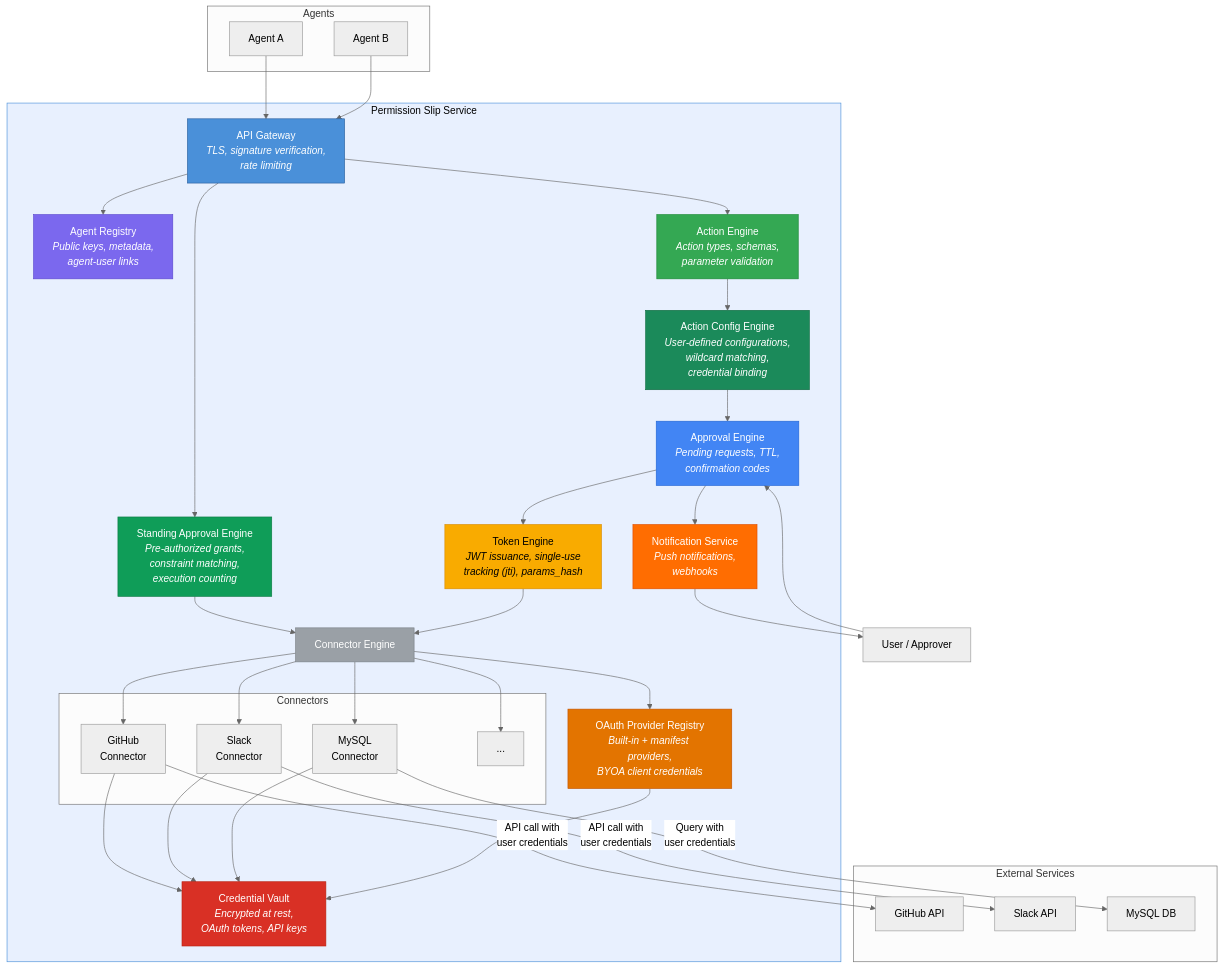
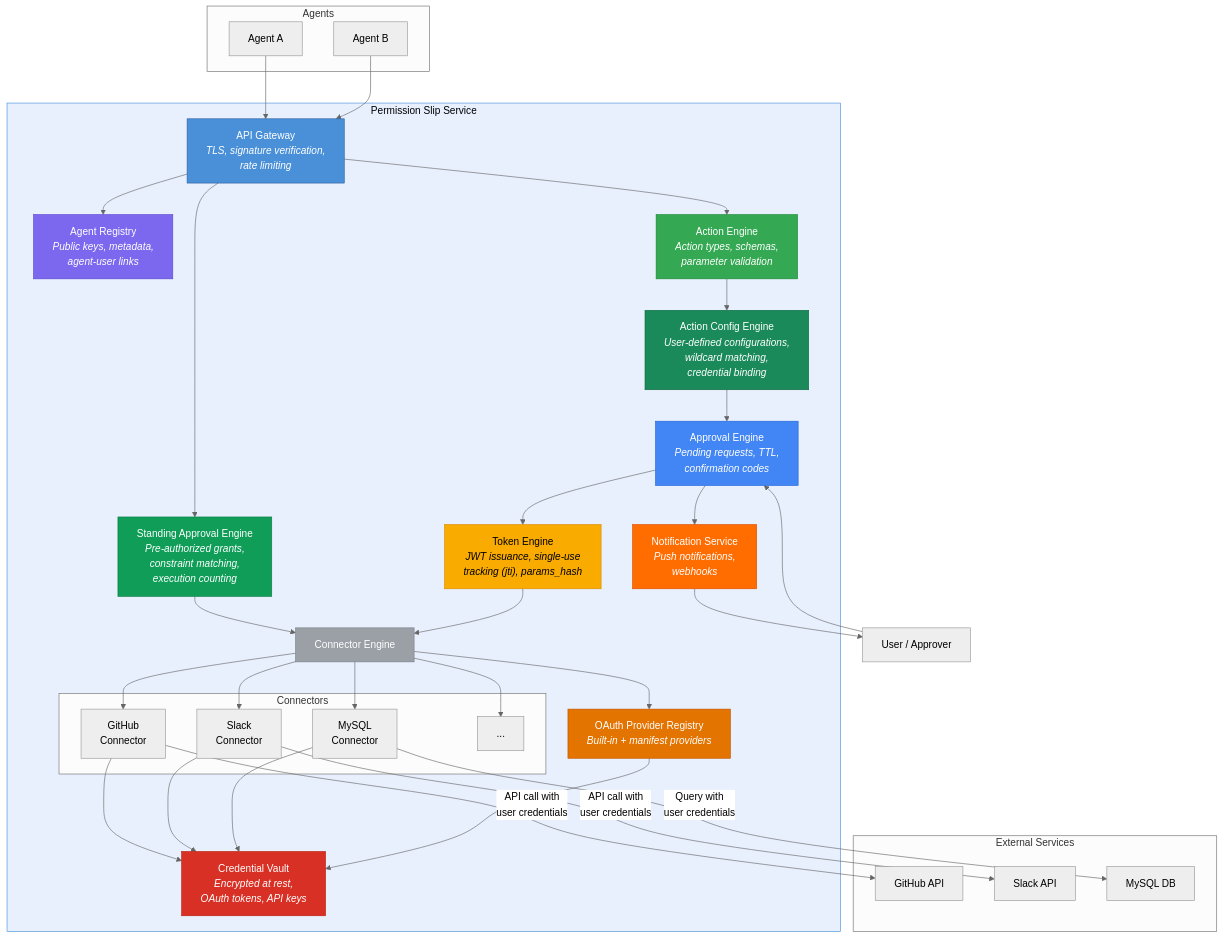
Before and after one commit to supersuit-tech/permission-slip: the second of 6 diagrams in docs/architecture.md, drawn with Mermaid (neutral theme). The commit also changed 37 other files, not shown here.

````diff
--- a/docs/architecture.md
+++ b/docs/architecture.md
@@ -34,71 +34,71 @@
 ```mermaid
 graph TB
     subgraph Agents
         A1["Agent A"]
         A2["Agent B"]
     end
 
     subgraph PS ["Permission Slip Service"]
         GW["API Gateway<br/><i>TLS, signature verification,<br/>rate limiting</i>"]
         AR["Agent Registry<br/><i>Public keys, metadata,<br/>agent-user links</i>"]
         AE["Action Engine<br/><i>Action types, schemas,<br/>parameter validation</i>"]
         AC["Action Config Engine<br/><i>User-defined configurations,<br/>wildcard matching,<br/>credential binding</i>"]
         APR["Approval Engine<br/><i>Pending requests, TTL,<br/>confirmation codes</i>"]
         TE["Token Engine<br/><i>JWT issuance, single-use<br/>tracking (jti), params_hash</i>"]
         SA["Standing Approval Engine<br/><i>Pre-authorized grants,<br/>constraint matching,<br/>execution counting</i>"]
         NS["Notification Service<br/><i>Push notifications,<br/>webhooks</i>"]
         CV["Credential Vault<br/><i>Encrypted at rest,<br/>OAuth tokens, API keys</i>"]
-        OR["OAuth Provider Registry<br/><i>Built-in + manifest providers,<br/>BYOA client credentials</i>"]
+        OR["OAuth Provider Registry<br/><i>Built-in + manifest providers</i>"]
         CE["Connector Engine"]
 
         subgraph Connectors
             GC["GitHub<br/>Connector"]
             SlC["Slack<br/>Connector"]
             MC["MySQL<br/>Connector"]
             OC["..."]
         end
     end
 
     subgraph External ["External Services"]
         GH["GitHub API"]
         SlAPI["Slack API"]
         MySQL["MySQL DB"]
     end
 
     User["User / Approver"]
 
     A1 & A2 --> GW
     GW --> AR
     GW --> AE
     AE --> AC
     AC --> APR
     APR --> NS
     NS --> User
     User --> APR
     APR --> TE
     GW --> SA
     SA --> CE
     TE --> CE
     CE --> GC & SlC & MC & OC
     GC --> CV
     SlC --> CV
     MC --> CV
     OR --> CV
     CE --> OR
     GC -- "API call with<br/>user credentials" --> GH
     SlC -- "API call with<br/>user credentials" --> SlAPI
     MC -- "Query with<br/>user credentials" --> MySQL
 
     style PS fill:#E8F0FE,stroke:#4A90D9,color:#000
     style GW fill:#4A90D9,color:#fff,stroke:#2A5F9E
     style CV fill:#D93025,color:#fff,stroke:#B9200F
     style OR fill:#E37400,color:#fff,stroke:#C35400
     style TE fill:#F9AB00,color:#000,stroke:#D98B00
     style AR fill:#7B68EE,color:#fff,stroke:#5B48CE
     style AE fill:#34A853,color:#fff,stroke:#1A8833
     style AC fill:#1B8A5A,color:#fff,stroke:#0D6B3F
     style APR fill:#4285F4,color:#fff,stroke:#2265D4
     style NS fill:#FF6D01,color:#fff,stroke:#DF4D00
     style SA fill:#0F9D58,color:#fff,stroke:#0B7A43
     style CE fill:#9AA0A6,color:#fff,stroke:#7A8086
 ```
````
